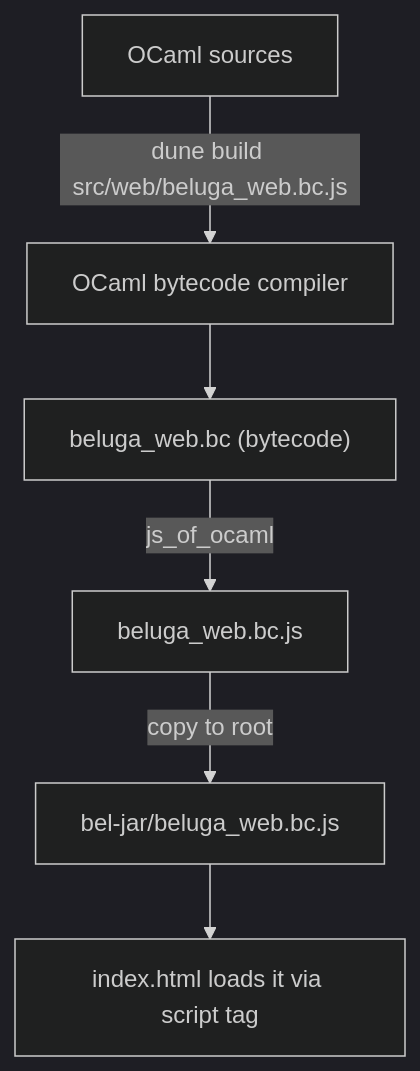
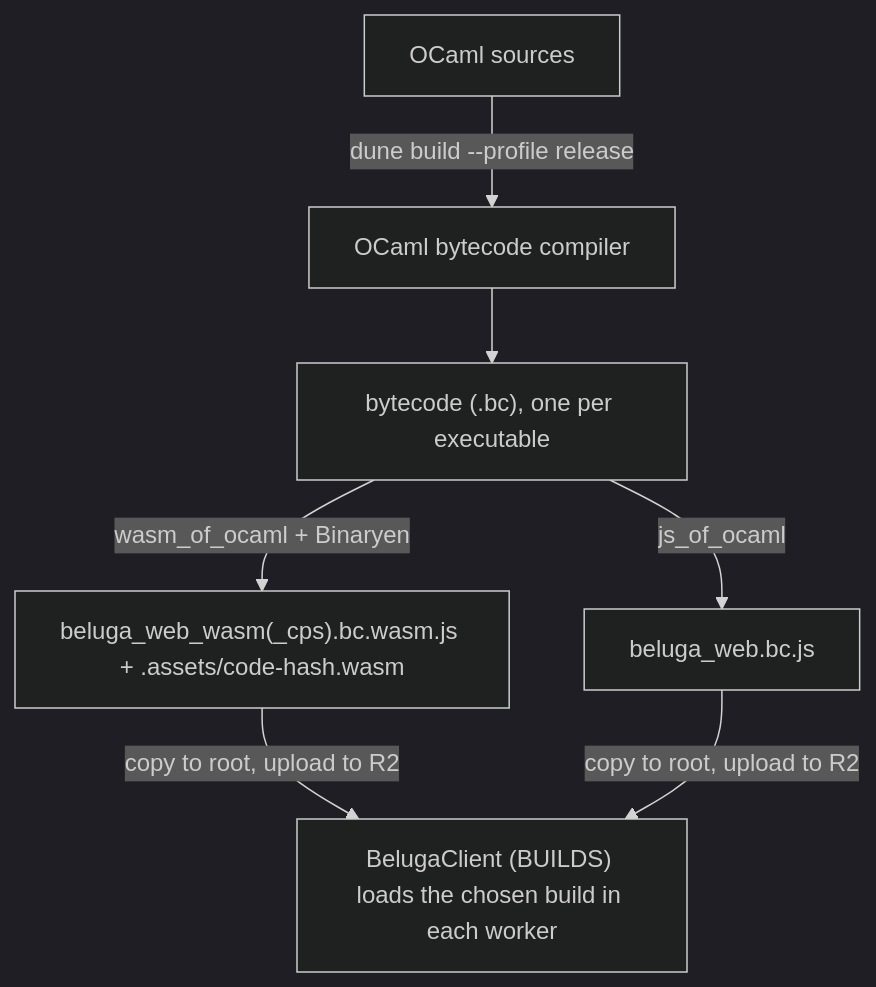
Before and after one commit to dpbarry/bel-jar: the first of 2 diagrams in _rebuild/RECIPE.md, drawn with Mermaid (dark theme). The commit also changed other lines of this file and 33 other files, not shown here.

````diff
--- a/_rebuild/RECIPE.md
+++ b/_rebuild/RECIPE.md
@@ -378,8 +380,9 @@
 ```mermaid
 graph TD
-    A["OCaml sources"] -->|"dune build src/web/beluga_web.bc.js"| B["OCaml bytecode compiler"]
-    B --> C["beluga_web.bc (bytecode)"]
-    C -->|"js_of_ocaml"| D["beluga_web.bc.js"]
-    D -->|"copy to root"| E["bel-jar/beluga_web.bc.js"]
-    E --> F["index.html loads it via script tag"]
+    A["OCaml sources"] -->|"dune build --profile release"| B["OCaml bytecode compiler"]
+    B --> C["bytecode (.bc), one per executable"]
+    C -->|"wasm_of_ocaml + Binaryen"| D["beluga_web_wasm(_cps).bc.wasm.js + .assets/code-hash.wasm"]
+    C -->|"js_of_ocaml"| E["beluga_web.bc.js"]
+    D -->|"copy to root, upload to R2"| F["BelugaClient (BUILDS) loads the chosen build in each worker"]
+    E -->|"copy to root, upload to R2"| F
 ```
````
